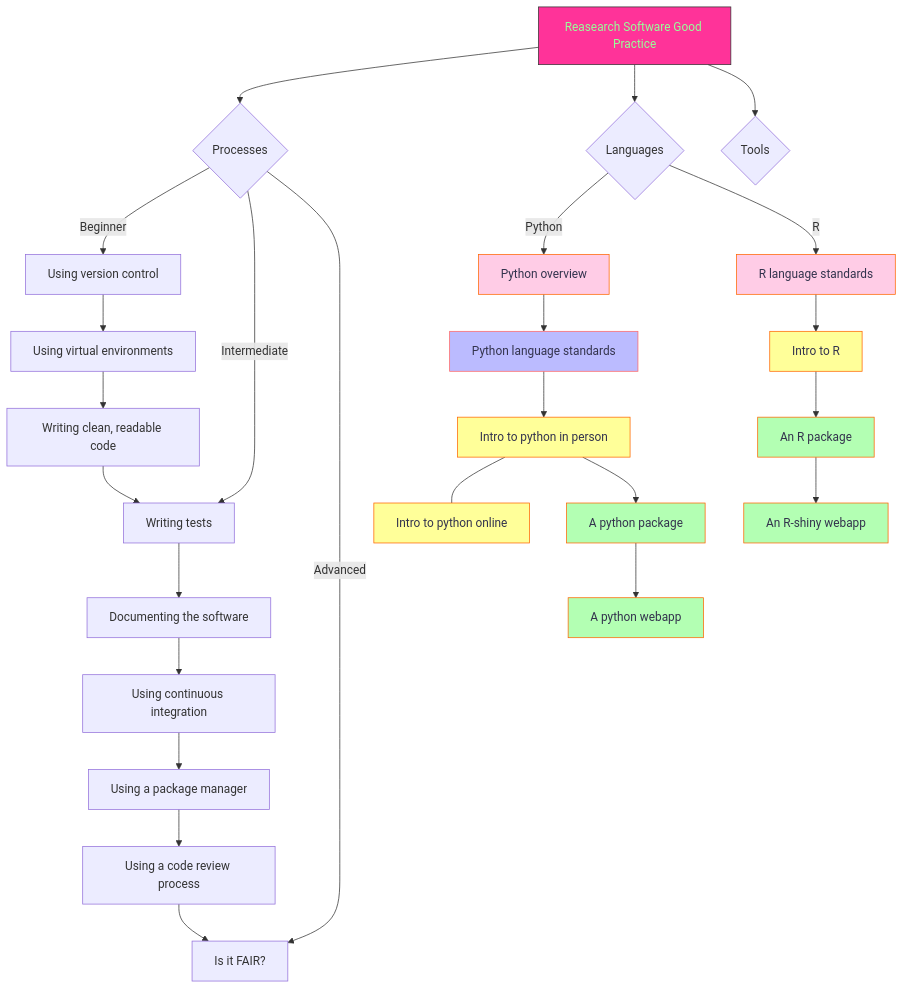
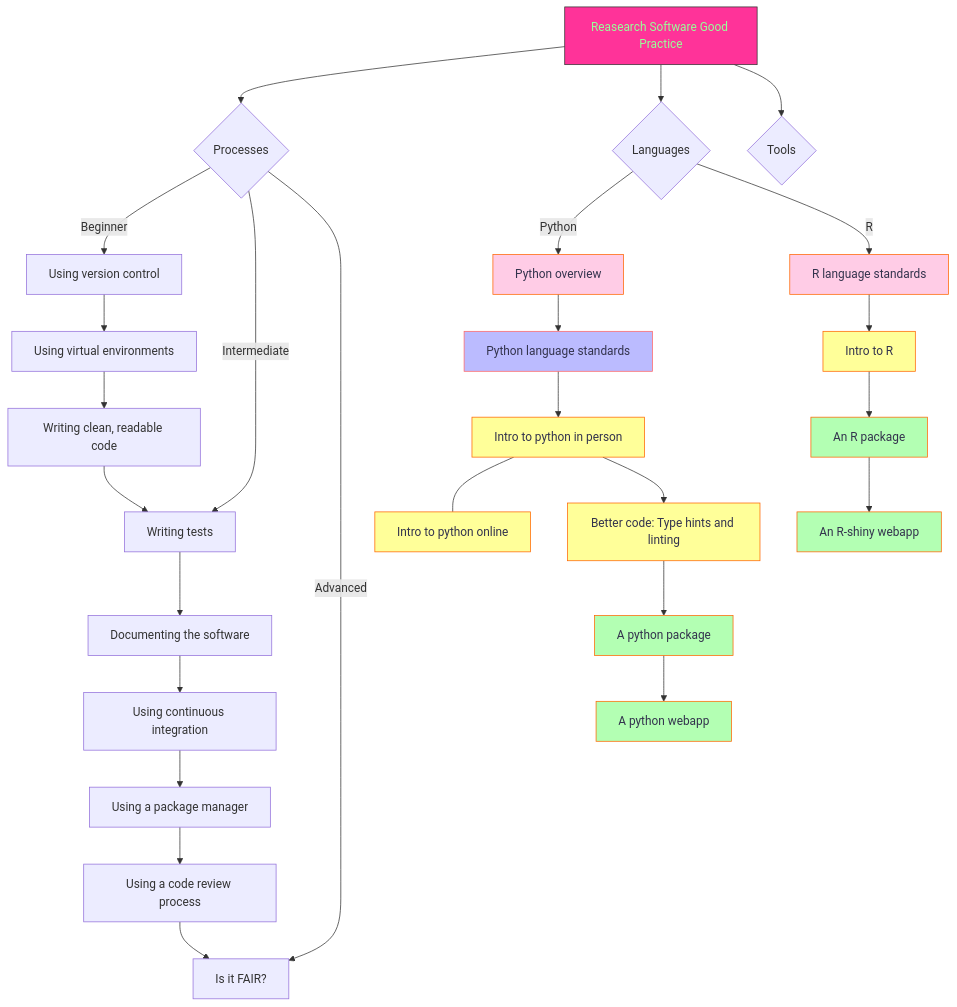
The second of 2 diagrams in docs/index.md (ICR-SC/good-practice), drawn with Mermaid before and after one commit.

````diff
--- a/docs/index.md
+++ b/docs/index.md
@@ -19,44 +19,46 @@
 ``` mermaid
 flowchart TD  
   A[Reasearch Software Good Practice] --> B{Processes};
   B -->|Beginner| C[Using version control];
   C --> D[Using virtual environments];
   D --> E[Writing clean, readable code];
   E --> F[Writing tests];
   B ---->|Intermediate| F;
   F --> G[Documenting the software];
   G --> H[Using continuous integration];
   H --> I[Using a package manager];
   I --> J[Using a code review process];
   J --> K[Is it FAIR?];
   B ---->|Advanced| K;
   A --> EB{Languages};
   EB --> |Python| PA[Python overview];
   PA --> PEP8[Python language standards];  
   PEP8 --> PINTRO1[Intro to python in person];
   PINTRO1 --- PINTRO2[Intro to python online];
-  PINTRO1 --> PC[A python package];
+  PINTRO1 --> STYLE[Better code: Type hints and linting];
+  STYLE --> PC[A python package];
   PC --> PD[A python webapp];
   EB --> |R| RA[R language standards];
   RA --> RB[Intro to R];
   RB --> RC[An R package];
   RC --> RD[An R-shiny webapp];
   A --> TA{Tools};
   style A fill:#ff3399,stroke:#333,stroke-width:1px,color:#99ff99
   click A "https://icr-rse-group.github.io/good-practice/about/" "RS Good Practice"
   style PA fill:#ffcce6,stroke:#ff6600,stroke-width:1px,color:#33334d
   click PA "https://icr-rse-group.github.io/good-practice/good/python/" "Python Overview"
   style PEP8 fill:#bbf,stroke:#f66,stroke-width:1px,color:#33334d
   click PEP8 "https://peps.python.org/pep-0008/" "PEP8"
   style PINTRO1 fill:#ffff99,stroke:#ff6600,stroke-width:1px,color:#33334d
   click PINTRO1 "https://training.icr.ac.uk/coursed.php?course=544" "Intro to Python"
+  style STYLE fill:#ffff99,stroke:#ff6600,stroke-width:1px,color:#33334d
   style PINTRO2 fill:#ffff99,stroke:#ff6600,stroke-width:1px,color:#33334d
   click PINTRO2 "https://training.icr.ac.uk/coursed.php?course=1189" "Intro to Python"
   style PC fill:#b3ffb3,stroke:#ff6600,stroke-width:1px,color:#33334d
   style PD fill:#b3ffb3,stroke:#ff6600,stroke-width:1px,color:#33334d
   style RA fill:#ffcce6,stroke:#ff6600,stroke-width:1px,color:#33334d
   style RB fill:#ffff99,stroke:#ff6600,stroke-width:1px,color:#33334d
   style RC fill:#b3ffb3,stroke:#ff6600,stroke-width:1px,color:#33334d
   style RD fill:#b3ffb3,stroke:#ff6600,stroke-width:1px,color:#33334d
   click EB "https://cran.r-project.org/web/packages/devtools/readme/README.html" "R packaging good practice"
 ```
````
